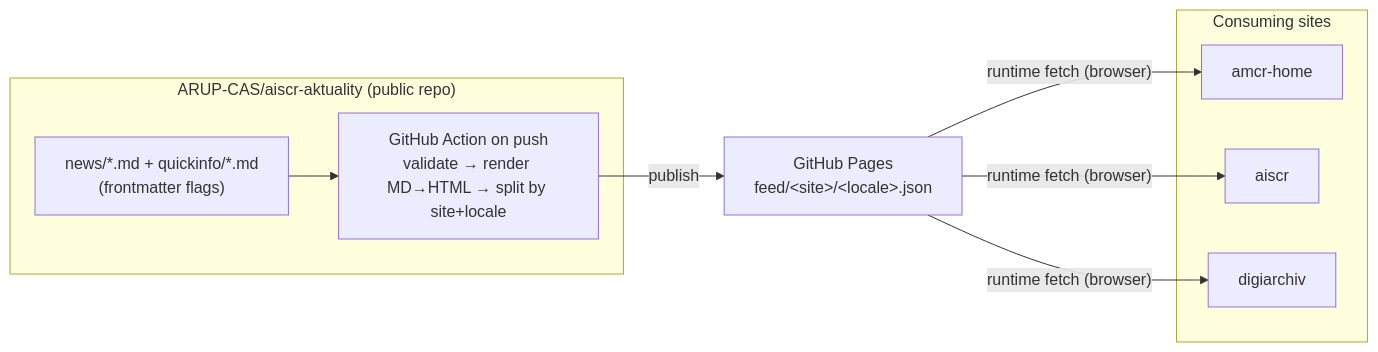
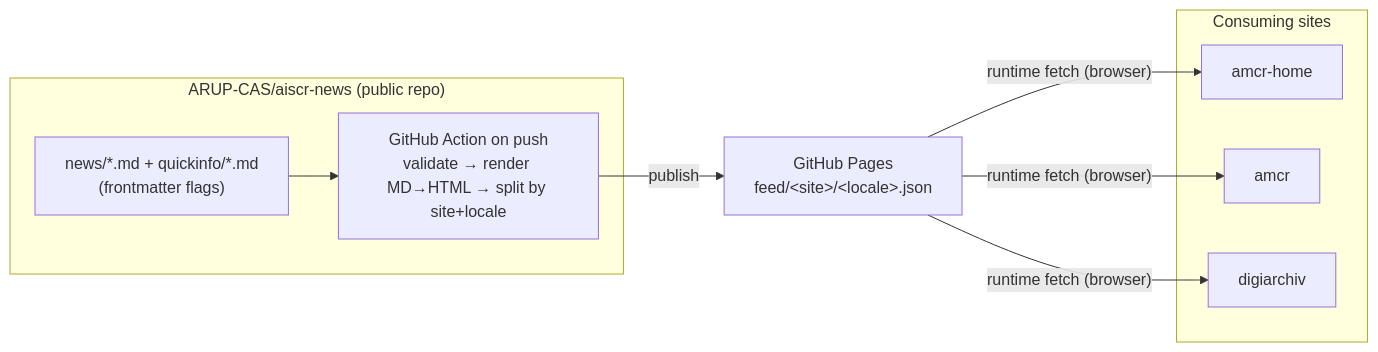
Before and after one commit to ARUP-CAS/aiscr-amcr-home: the diagram in docs/proposals/shared-aktuality-feed.md, drawn with Mermaid. The commit also changed other lines of this file, not shown here.

Commit message:
Rename repository references from aiscr-aktuality to aiscr-news

````diff
--- a/docs/proposals/shared-aktuality-feed.md
+++ b/docs/proposals/shared-aktuality-feed.md
@@ -40,19 +40,19 @@
 ```mermaid
 flowchart LR
-    subgraph content["ARUP-CAS/aiscr-aktuality (public repo)"]
+    subgraph content["ARUP-CAS/aiscr-news (public repo)"]
         md["news/*.md + quickinfo/*.md<br/>(frontmatter flags)"]
         ci["GitHub Action on push<br/>validate → render MD→HTML → split by site+locale"]
         md --> ci
     end
     ci -->|publish| pages["GitHub Pages<br/>feed/&lt;site&gt;/&lt;locale&gt;.json"]
 
     subgraph consumers["Consuming sites"]
         a["amcr-home"]
-        b["aiscr"]
+        b["amcr"]
         c["digiarchiv"]
     end
 
     pages -->|"runtime fetch (browser)"| a
     pages -->|"runtime fetch (browser)"| b
     pages -->|"runtime fetch (browser)"| c
 ```
````
